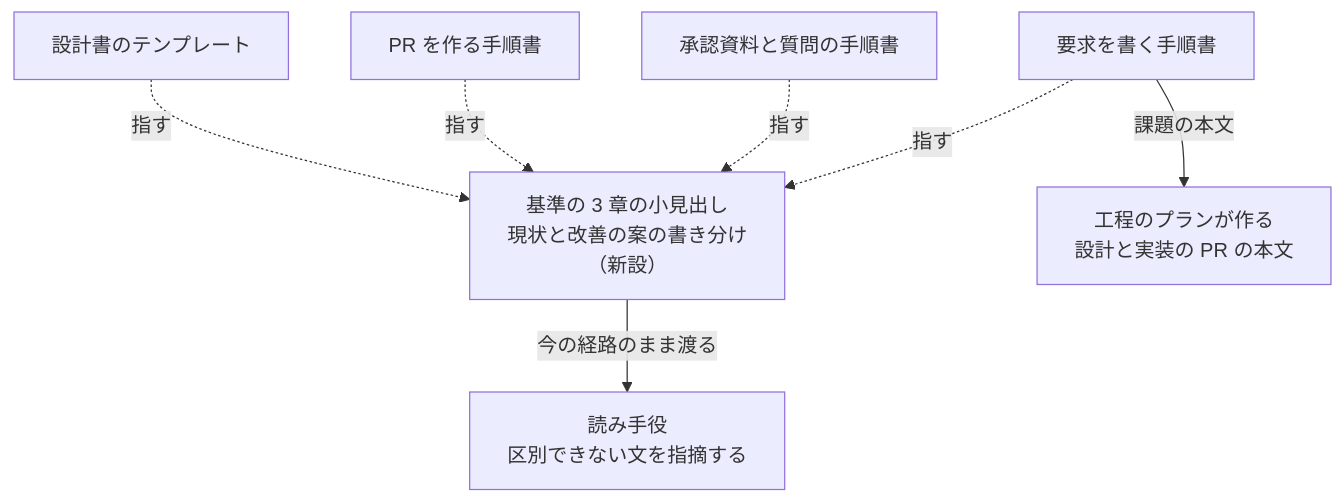
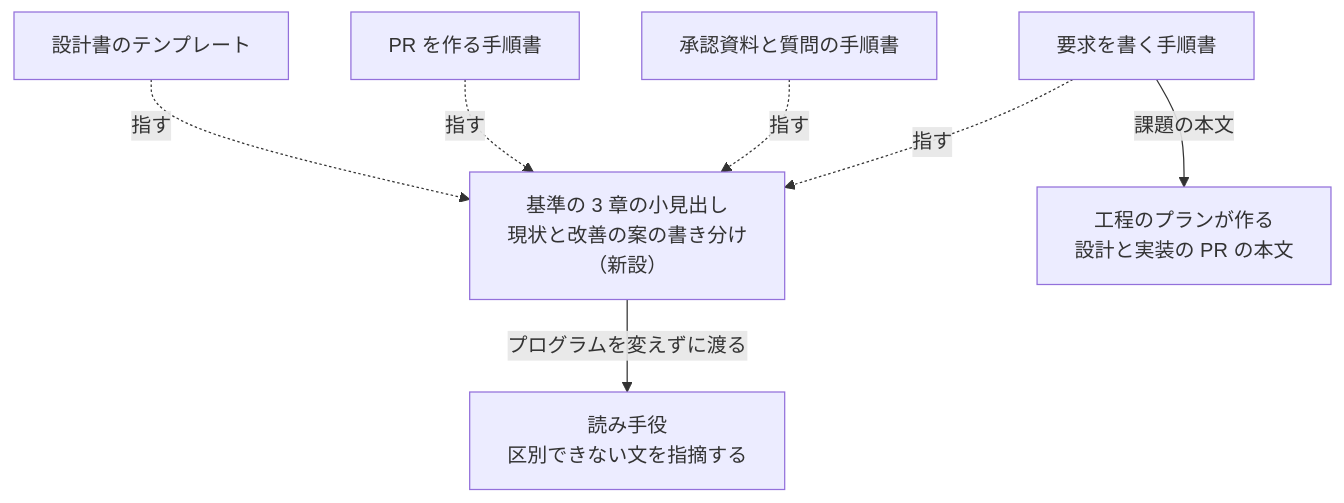
One commit to devbasex/ai-plugins changed the second of 2 diagrams in issues/issue-4543-design.md. Above: the diagram before and after it, drawn with Mermaid. The commit also changed other lines of this file, not shown here.

````diff
--- a/issues/issue-4543-design.md
+++ b/issues/issue-4543-design.md
@@ -39,10 +39,10 @@
 ```mermaid
 graph TD
     S["基準の 3 章の小見出し<br/>現状と改善の案の書き分け<br/>（新設）"]
     T["設計書のテンプレート"] -.->|指す| S
     P["PR を作る手順書"] -.->|指す| S
     A["承認資料と質問の手順書"] -.->|指す| S
     Q["要求を書く手順書"] -.->|指す| S
     Q -->|課題の本文| B["工程のプランが作る<br/>設計と実装の PR の本文"]
-    S -->|今の経路のまま渡る| R["読み手役<br/>区別できない文を指摘する"]
+    S -->|プログラムを変えずに渡る| R["読み手役<br/>区別できない文を指摘する"]
 ```
````
